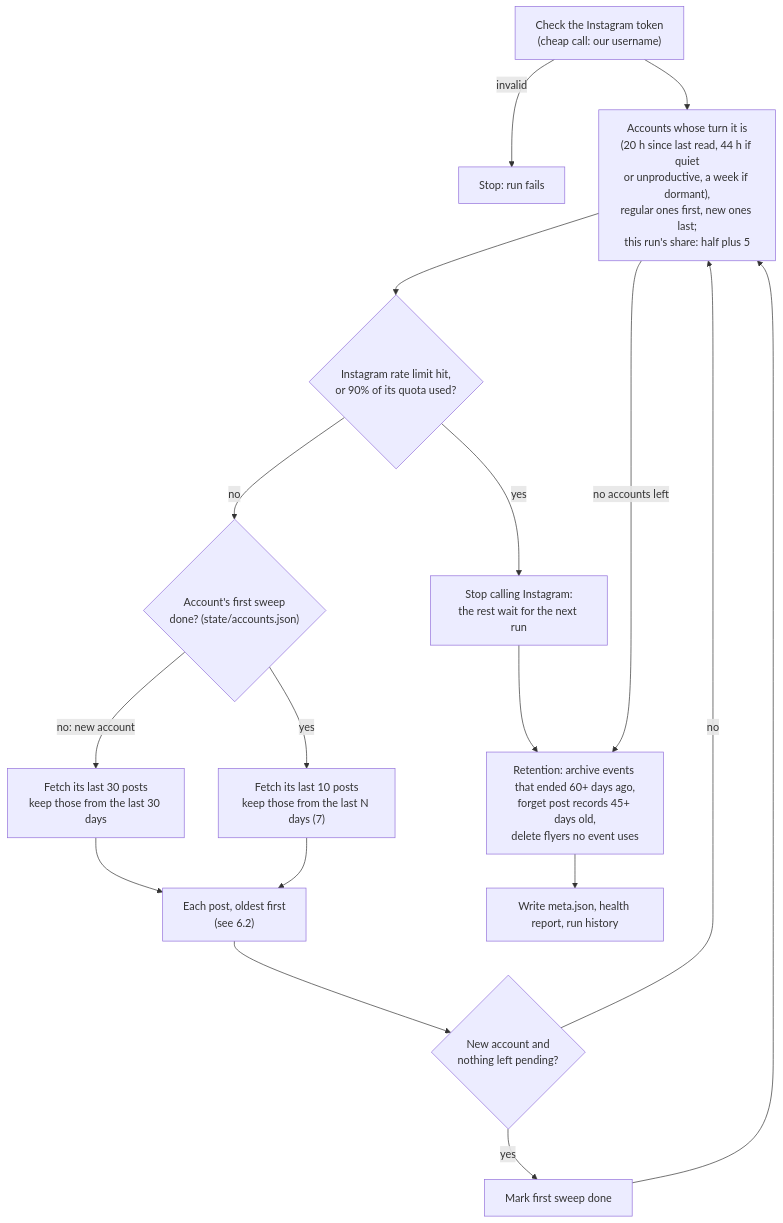
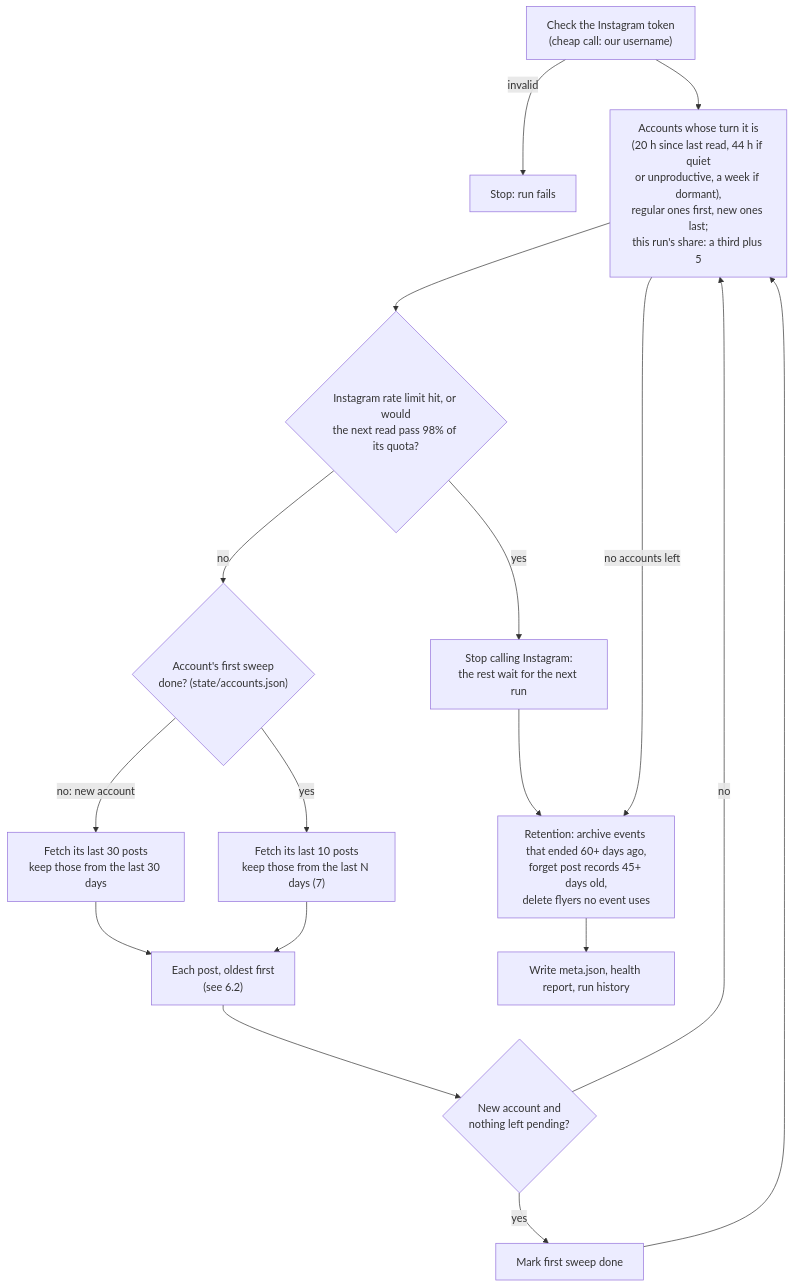
Before and after one commit to pa-bailar/backend: the third of 12 diagrams in docs/ARCHITECTURE.md, drawn with Mermaid. The commit also changed other lines of this file and 6 other files, not shown here.

First line of the commit message:
docs: three sweeps a day (3:00 by GitHub's schedule) and the forecast stop on Instagram's quota

````diff
--- a/docs/ARCHITECTURE.md
+++ b/docs/ARCHITECTURE.md
@@ -462,19 +479,19 @@
 ```mermaid
 flowchart TD
     A["Check the Instagram token<br/>(cheap call: our username)"] -->|invalid| X["Stop: run fails"]
-    A --> B["Accounts whose turn it is<br/>(20 h since last read, 44 h if quiet<br/>or unproductive, a week if dormant),<br/>regular ones first, new ones last;<br/>this run's share: half plus 5"]
-    B --> C{"Instagram rate limit hit,<br/>or 90% of its quota used?"}
+    A --> B["Accounts whose turn it is<br/>(20 h since last read, 44 h if quiet<br/>or unproductive, a week if dormant),<br/>regular ones first, new ones last;<br/>this run's share: a third plus 5"]
+    B --> C{"Instagram rate limit hit, or would<br/>the next read pass 98% of its quota?"}
     C -->|yes| R["Stop calling Instagram:<br/>the rest wait for the next run"]
     C -->|no| D{"Account's first sweep<br/>done? (state/accounts.json)"}
     D -->|no: new account| E["Fetch its last 30 posts<br/>keep those from the last 30 days"]
     D -->|yes| F["Fetch its last 10 posts<br/>keep those from the last N days (7)"]
     E --> P["Each post, oldest first<br/>(see 6.2)"]
     F --> P
     P --> G{"New account and<br/>nothing left pending?"}
     G -->|yes| H["Mark first sweep done"]
     G -->|no| B
     H --> B
     R --> Z
     B -->|no accounts left| Z["Retention: archive events that ended 60+ days ago,<br/>forget post records 45+ days old,<br/>delete flyers no event uses"]
     Z --> M["Write meta.json, health report, run history"]
 ```
````
